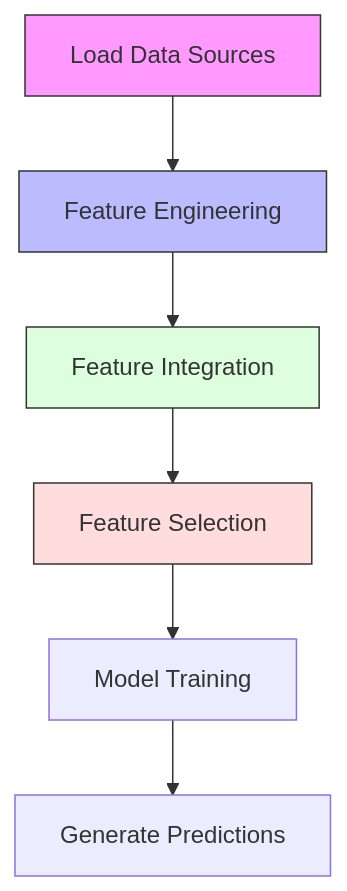
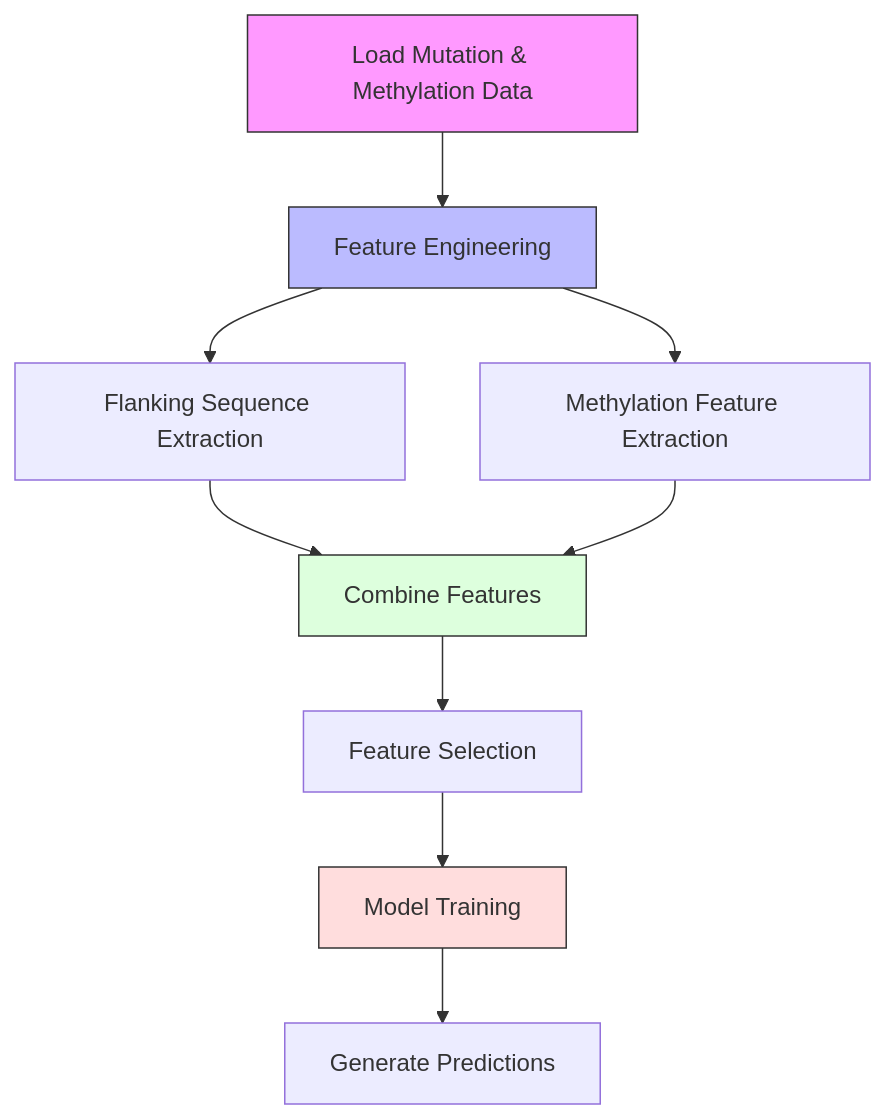
One commit to 0PeterAdel/Computational-Genomics changed the second of 2 diagrams in new-version/Report.md. Above: the diagram before and after it, drawn with Mermaid. The commit also changed other lines of this file and 8 other files, not shown here.

````diff
--- a/new-version/Report.md
+++ b/new-version/Report.md
@@ -118,12 +145,15 @@
 ```mermaid
 graph TD
-    A[Load Data Sources] --> B[Feature Engineering]
-    B --> C[Feature Integration]
-    C --> D[Feature Selection]
-    D --> E[Model Training]
-    E --> F[Generate Predictions]
+    A[Load Mutation & Methylation Data] --> B[Feature Engineering]
+    B --> C[Flanking Sequence Extraction]
+    B --> D[Methylation Feature Extraction]
+    C --> E[Combine Features]
+    D --> E
+    E --> F[Feature Selection]
+    F --> G[Model Training]
+    G --> H[Generate Predictions]
     style A fill:#f9f,stroke:#333
     style B fill:#bbf,stroke:#333
-    style C fill:#dfd,stroke:#333
-    style D fill:#fdd,stroke:#333
+    style E fill:#dfd,stroke:#333
+    style G fill:#fdd,stroke:#333
 ```
````
